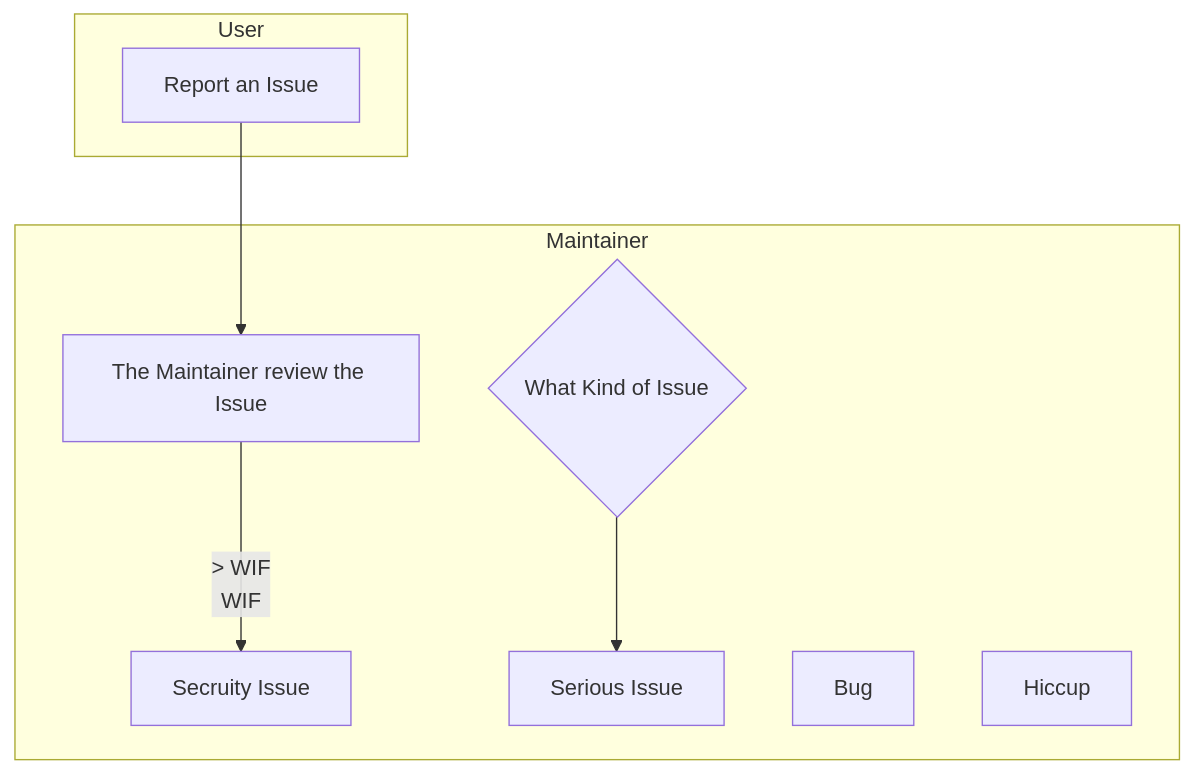
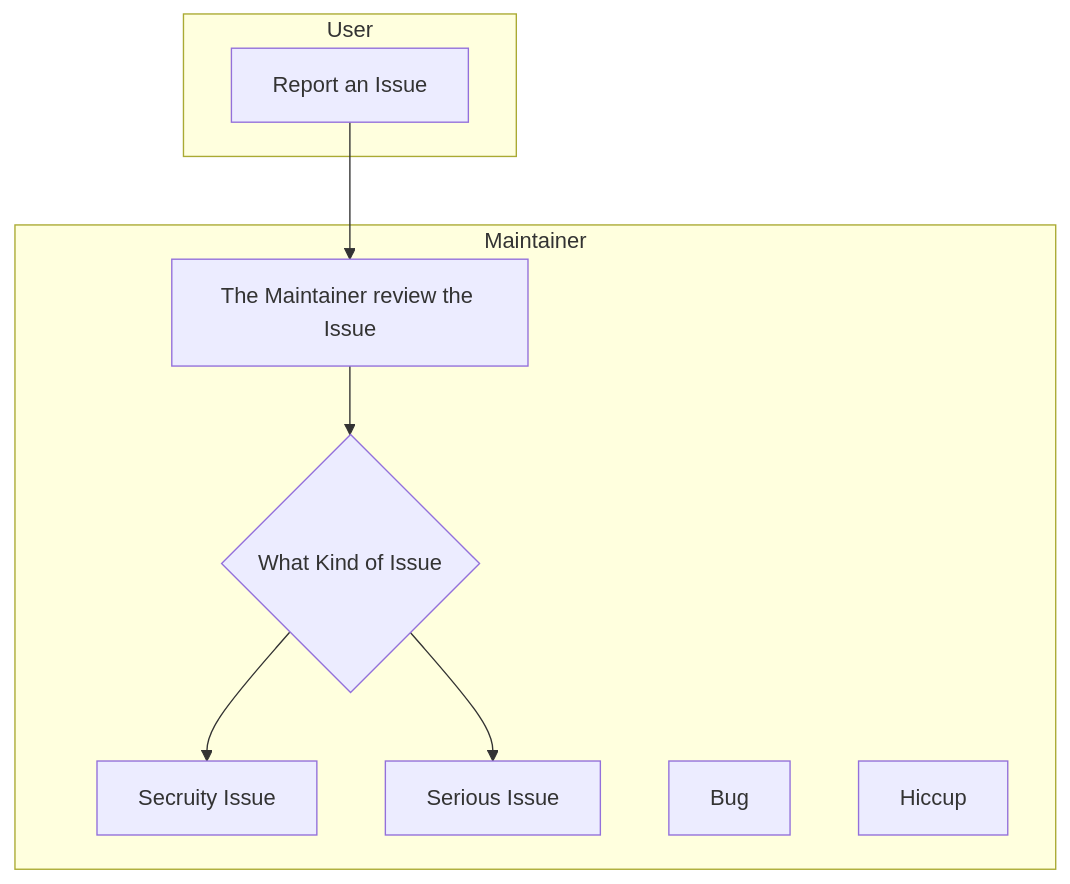
The second of 2 diagrams in docs/URGENT-FIX-WORKFLOW.md (GFGMNET/Workspace), drawn with Mermaid before and after one commit. The commit also changed other lines of this file, not shown here.

````diff
--- a/docs/URGENT-FIX-WORKFLOW.md
+++ b/docs/URGENT-FIX-WORKFLOW.md
@@ -28,21 +27,21 @@
 ```mermaid
 flowchart TD
  subgraph User
   BUG[Report an Issue]
  end
  subgraph Maintainer
   RM[The Maintainer review the Issue]
   WIF{What Kind of Issue}
  end
  subgraph Maintainer
   SEC[Secruity Issue]
   DEA[Serious Issue]
   BUN[Bug]
   HIC[Hiccup]
  end
  
  BUG --> RM
- RM -- > WIF
+ RM --> WIF
  WIF --> SEC
  WIF --> DEA
 ```
````
